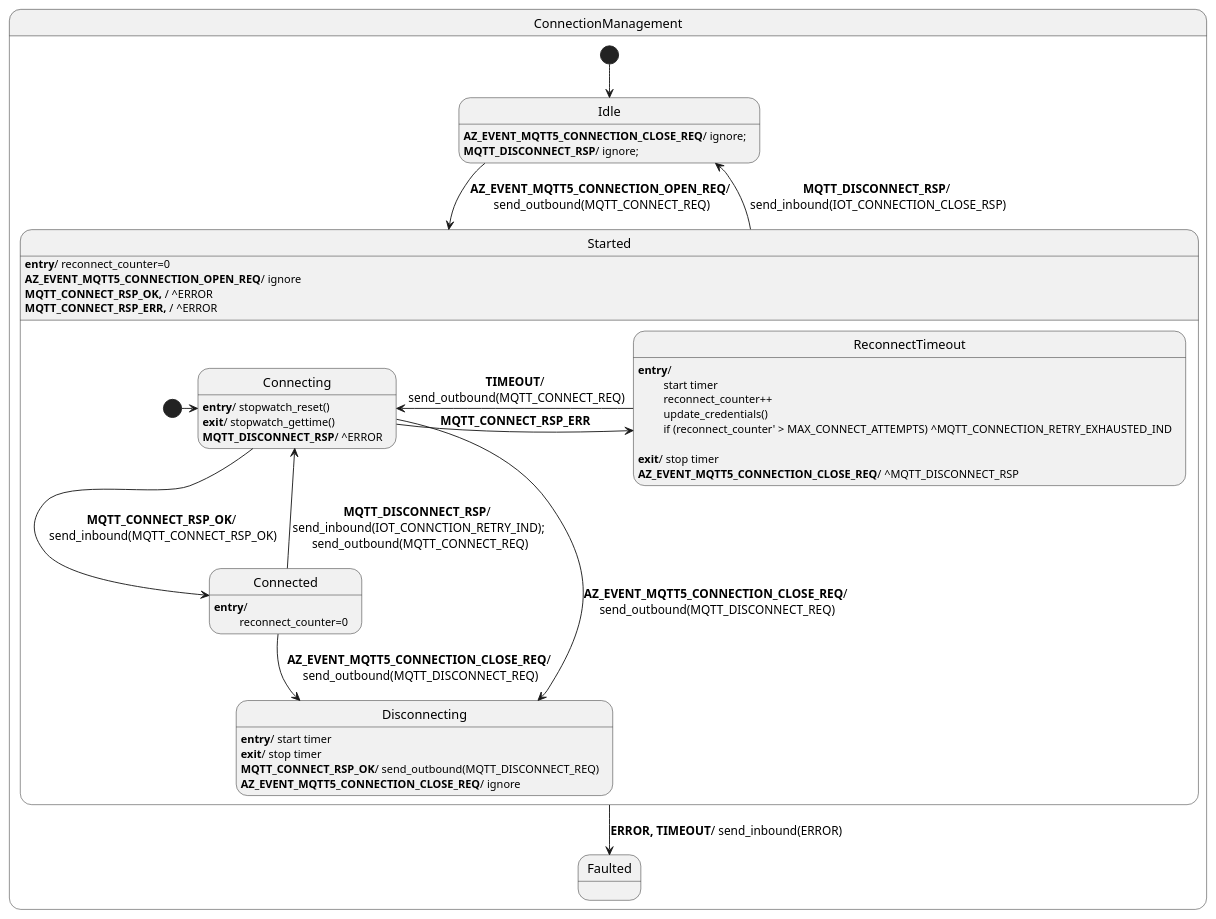
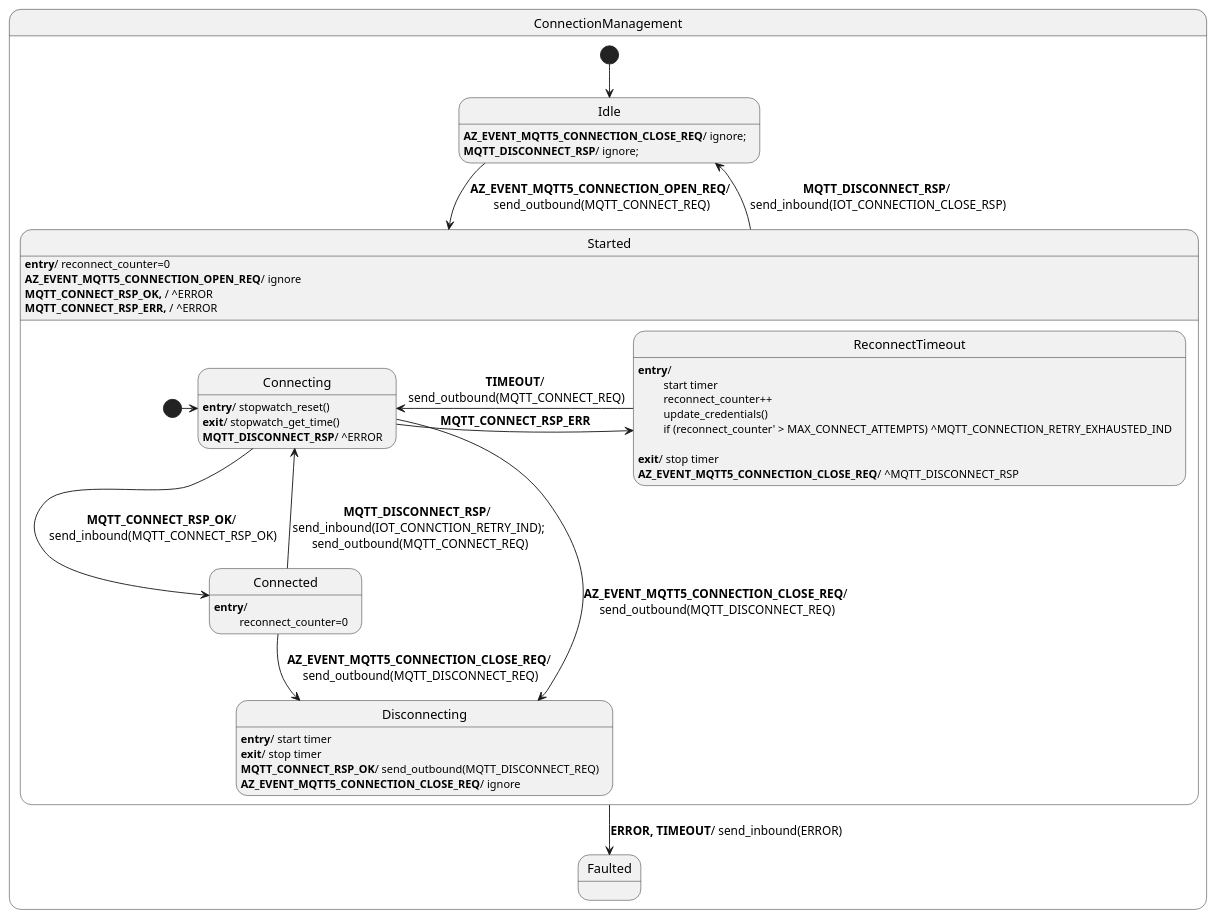
One commit to Azure/azure-sdk-for-c changed the diagram in sdk/docs/core/resources/mqtt_connection.puml. Above: the diagram before and after it, drawn with PlantUML. The commit also changed 12 other files, not shown here.

```diff
--- a/sdk/docs/core/resources/mqtt_connection.puml
+++ b/sdk/docs/core/resources/mqtt_connection.puml
@@ -1,60 +1,60 @@
 @startuml Connection_HFSM
 
 ' Assumptions:
 ' 0. Unknown events are forwarded (in their original direction, either inbound or outbound).
 ' 1. MQTT_CONNECT_REQ is guaranteed to respond with either MQTT_CONNECT_RSP_OK or MQTT_CONNECT_RSP_ERR.
 ' 2. ^EVENT is a shortcut to execute the transition associated with EVENT from the current state (no actual event is sent out).
 ' 3. send_inbound, send_outbound are used to send information to the app and network respectively.
 
 state ConnectionManagement {
     state Idle
     Idle : <b>AZ_EVENT_MQTT5_CONNECTION_CLOSE_REQ</b>/ ignore;
     Idle : <b>MQTT_DISCONNECT_RSP</b>/ ignore;
 
     state Faulted
 
     state Started {
         state Connecting
         Connecting : <b>entry</b>/ stopwatch_reset()
-        Connecting : <b>exit</b>/ stopwatch_gettime()
+        Connecting : <b>exit</b>/ stopwatch_get_time()
         Connecting : <b>MQTT_DISCONNECT_RSP</b>/ ^ERROR
 
         state Connected
         Connected : <b>entry</b>/ 
         Connected : \t reconnect_counter=0
 
         state ReconnectTimeout
         ReconnectTimeout : <b>entry</b>/ 
         ReconnectTimeout : \t start timer
         ReconnectTimeout : \t reconnect_counter++
         ReconnectTimeout : \t update_credentials()
         ReconnectTimeout : \t if (reconnect_counter' > MAX_CONNECT_ATTEMPTS) ^MQTT_CONNECTION_RETRY_EXHAUSTED_IND
         ReconnectTimeout : \t 
         ReconnectTimeout : <b>exit</b>/ stop timer
         ReconnectTimeout : <b>AZ_EVENT_MQTT5_CONNECTION_CLOSE_REQ</b>/ ^MQTT_DISCONNECT_RSP
 
         state Disconnecting
         Disconnecting : <b>entry</b>/ start timer 
         Disconnecting : <b>exit</b>/ stop timer
         Disconnecting : <b>MQTT_CONNECT_RSP_OK</b>/ send_outbound(MQTT_DISCONNECT_REQ)
         Disconnecting : <b>AZ_EVENT_MQTT5_CONNECTION_CLOSE_REQ</b>/ ignore
 
         [*] -> Connecting
         Connecting --> Connected : <b>MQTT_CONNECT_RSP_OK</b>/\n send_inbound(MQTT_CONNECT_RSP_OK)
         Connecting -> ReconnectTimeout : <b>MQTT_CONNECT_RSP_ERR</b>
         Connecting --> Disconnecting : <b>AZ_EVENT_MQTT5_CONNECTION_CLOSE_REQ</b>/\n send_outbound(MQTT_DISCONNECT_REQ)
         Connected --> Disconnecting : <b>AZ_EVENT_MQTT5_CONNECTION_CLOSE_REQ</b>/\n send_outbound(MQTT_DISCONNECT_REQ)
         Connected --> Connecting : <b>MQTT_DISCONNECT_RSP</b>/ \nsend_inbound(IOT_CONNCTION_RETRY_IND);\n send_outbound(MQTT_CONNECT_REQ)
         ReconnectTimeout -> Connecting : <b>TIMEOUT</b>/\n send_outbound(MQTT_CONNECT_REQ)
     }
     Started : <b>entry</b>/ reconnect_counter=0
     Started : <b>AZ_EVENT_MQTT5_CONNECTION_OPEN_REQ</b>/ ignore
     Started : <b>MQTT_CONNECT_RSP_OK, </b>/ ^ERROR
     Started : <b>MQTT_CONNECT_RSP_ERR, </b>/ ^ERROR
 
     [*] --> Idle
     Idle -> Started : <b>AZ_EVENT_MQTT5_CONNECTION_OPEN_REQ</b>/\n send_outbound(MQTT_CONNECT_REQ)
     Started --> Idle : <b>MQTT_DISCONNECT_RSP</b>/\n send_inbound(IOT_CONNECTION_CLOSE_RSP)
     Started --> Faulted: <b>ERROR, TIMEOUT</b>/ send_inbound(ERROR)
 }
 @enduml
```
